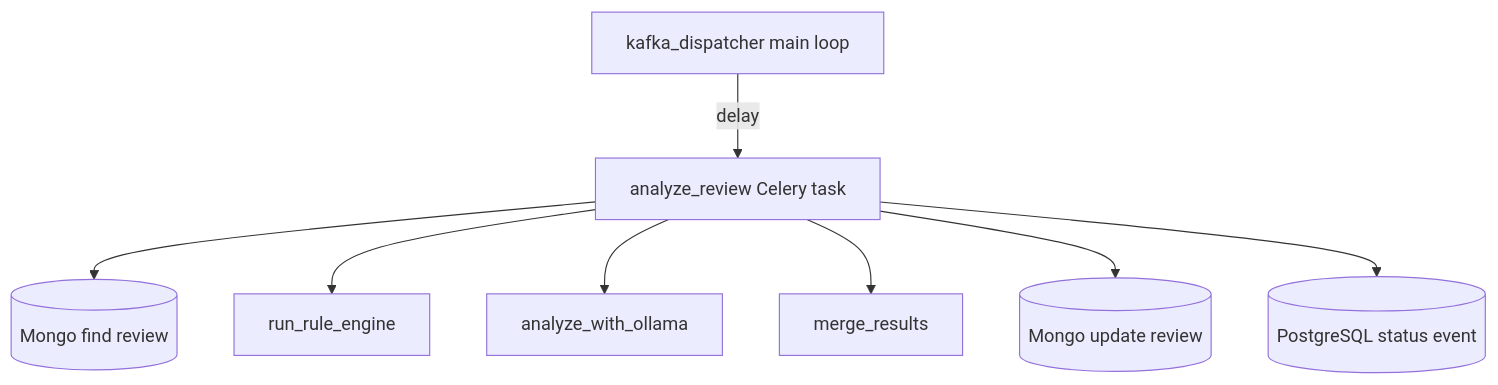
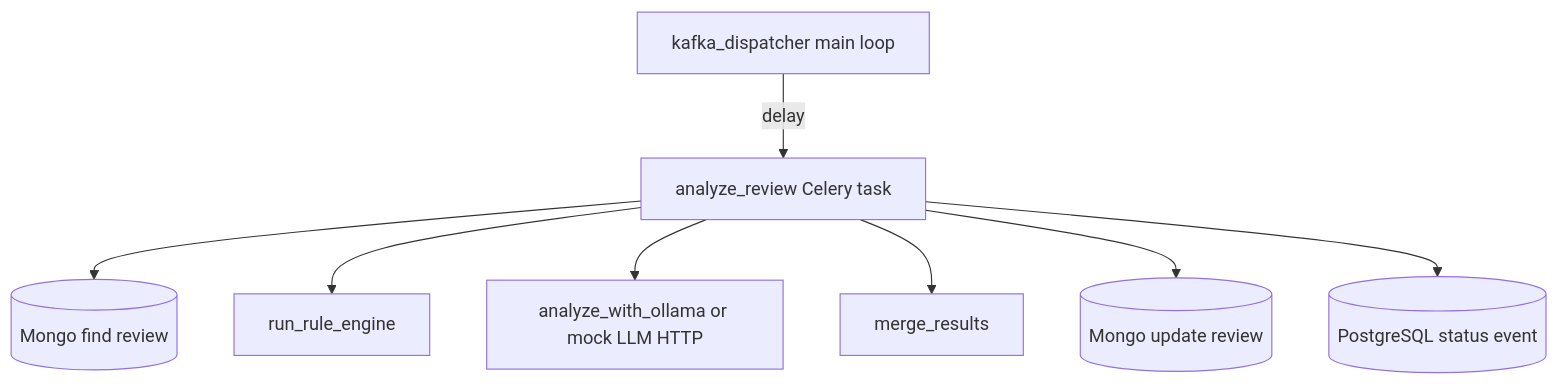
Before and after one commit to OferElboher/suspicious-email-triage: the sixth of 6 diagrams in docs/arch_guide_system_comprehensive.md, drawn with Mermaid. The commit also changed other lines of this file, not shown here.

````diff
--- a/docs/arch_guide_system_comprehensive.md
+++ b/docs/arch_guide_system_comprehensive.md
@@ -167,10 +252,10 @@
 ```mermaid
 flowchart TD
   T[kafka_dispatcher main loop] -->|delay| CT[analyze_review Celery task]
   CT --> DB1[(Mongo find review)]
   CT --> R[run_rule_engine]
-  CT --> L[analyze_with_ollama]
+  CT --> L[analyze_with_ollama or mock LLM HTTP]
   CT --> M[merge_results]
   CT --> DB2[(Mongo update review)]
   CT --> PG[(PostgreSQL status event)]
 ```
````
